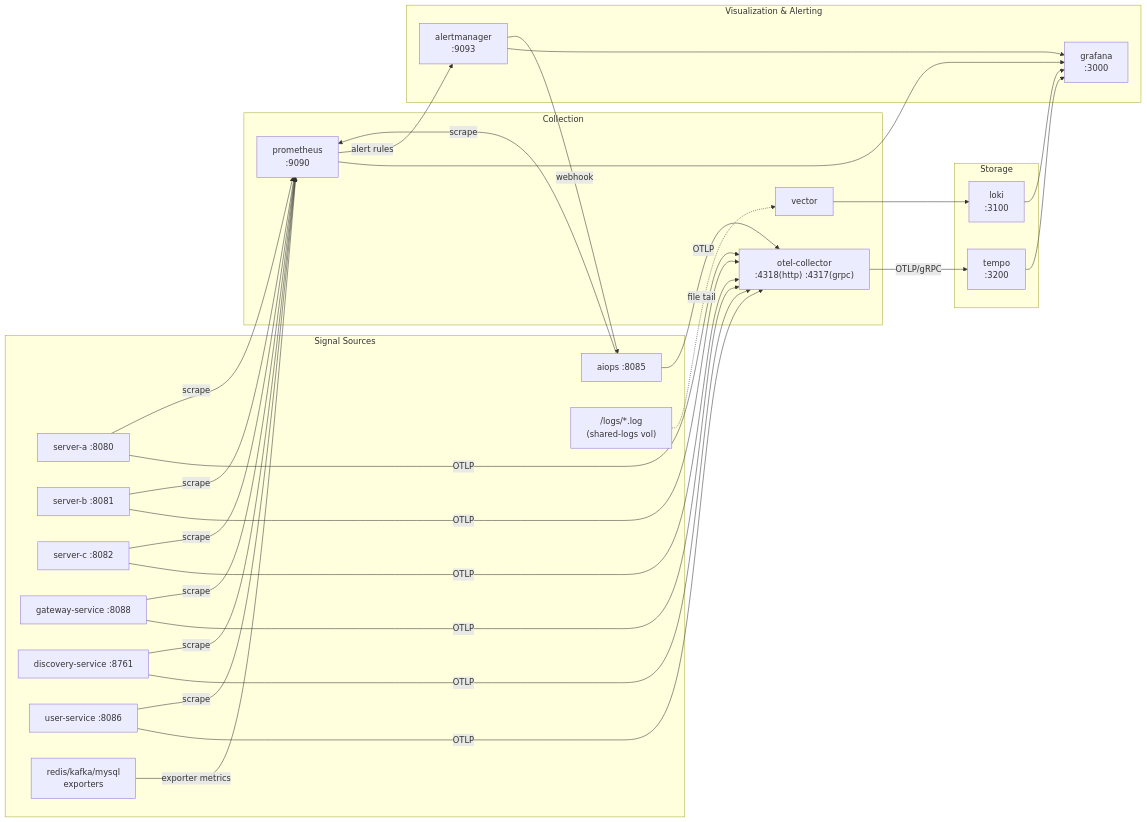
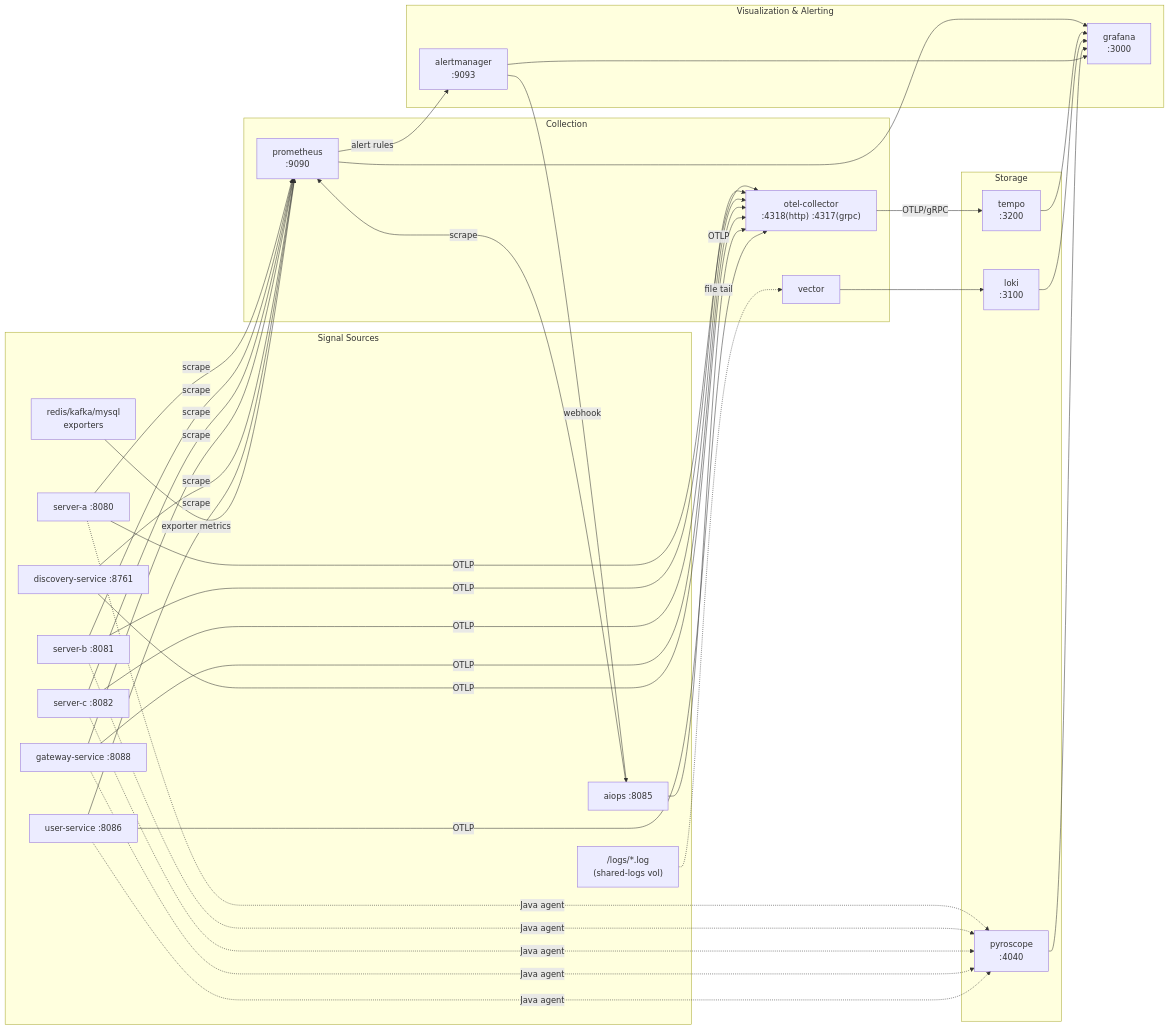
The third of 3 diagrams in docs/infra-diagram.md (michi2012/goods-promotion-project), drawn with Mermaid before and after one commit. The commit also changed 5 other files, not shown here.

````diff
--- a/docs/infra-diagram.md
+++ b/docs/infra-diagram.md
@@ -144,52 +144,57 @@
 ```mermaid
 flowchart LR
     subgraph Src["Signal Sources"]
         SA["server-a :8080"]
         SB["server-b :8081"]
         SC["server-c :8082"]
         GW["gateway-service :8088"]
         DS["discovery-service :8761"]
         AIO["aiops :8085"]
         US["user-service :8086"]
         Logs["/logs/*.log\n(shared-logs vol)"]
         Infra["redis/kafka/mysql\nexporters"]
     end
 
     subgraph Collect["Collection"]
         OTEL["otel-collector\n:4318(http) :4317(grpc)"]
         VEC["vector"]
         PROM["prometheus\n:9090"]
     end
 
     subgraph Store["Storage"]
         Tempo["tempo\n:3200"]
         Loki["loki\n:3100"]
+        Pyroscope["pyroscope\n:4040"]
     end
 
     subgraph Vis["Visualization & Alerting"]
         Grafana["grafana\n:3000"]
         AM["alertmanager\n:9093"]
     end
 
     %% Traces: 앱 → otel-collector → tempo
     SA & SB & SC & GW & DS & AIO & US -->|"OTLP"| OTEL
     OTEL -->|"OTLP/gRPC"| Tempo
+
+    %% Profiling: Java agent (initContainer로 jar 주입) → pyroscope
+    SA & SB & SC & GW & US -.->|"Java agent"| Pyroscope
 
     %% Logs: local=shared-logs 파일, k8s=stdout→/var/log/pods/ DaemonSet
     Logs -.->|"file tail"| VEC
     VEC --> Loki
 
     %% Metrics: prometheus scrape
     SA & SB & SC & GW & DS & AIO & US -->|"scrape"| PROM
     Infra -->|"exporter metrics"| PROM
 
     %% Grafana datasources
     PROM --> Grafana
     Tempo --> Grafana
     Loki --> Grafana
+    Pyroscope --> Grafana
     AM --> Grafana
 
     %% Alerting
     PROM -->|"alert rules"| AM
     AM -->|"webhook"| AIO
 ```
````
